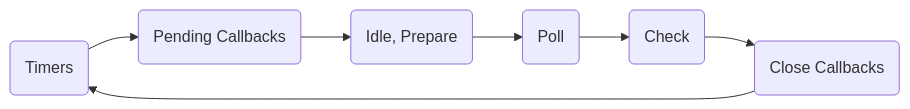
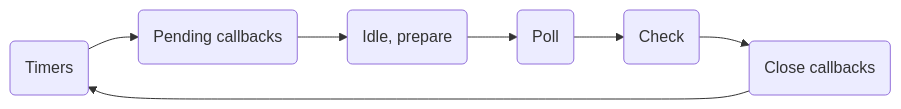
One commit to faciledictu/frontend-dev-memo changed the diagram in docs/nodejs/event-loop.md. Above: the diagram before and after it, drawn with Mermaid. The commit also changed other lines of this file and 12 other files, not shown here.

````diff
--- a/docs/nodejs/event-loop.md
+++ b/docs/nodejs/event-loop.md
@@ -24,4 +28,4 @@
 ```mermaid
 flowchart LR;
-   A(Timers)-->B(Pending Callbacks)-->C(Idle, Prepare)-->D(Poll)-->E(Check)-->F(Close Callbacks)-->A;
+   A(Timers)-->B(Pending callbacks)-->C(Idle, prepare)-->D(Poll)-->E(Check)-->F(Close callbacks)-->A;
 ```
````
